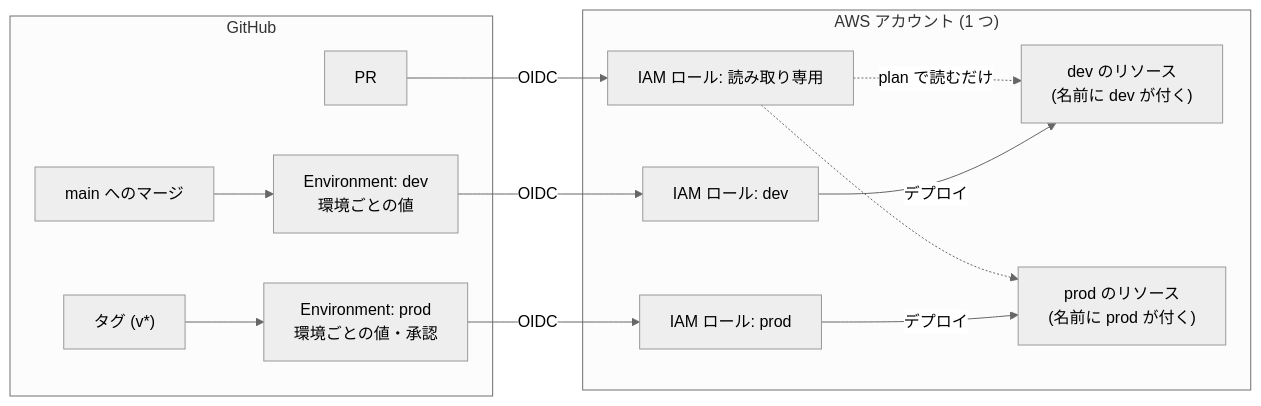
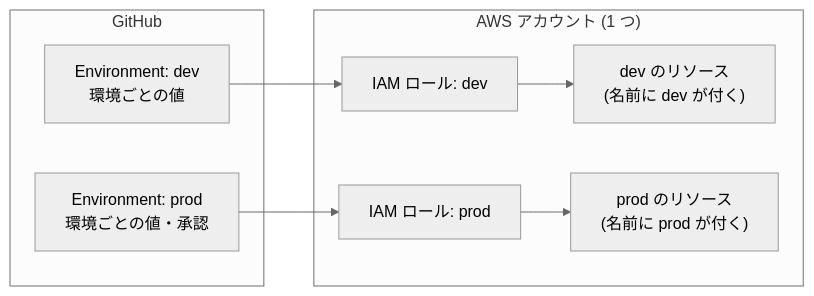
Before and after one commit to Inouey1008/family-video: the second of 3 diagrams in docs/architecture.md, drawn with Mermaid (neutral theme). The commit also changed other lines of this file, not shown here.

Commit message:
docs: 環境の図からきっかけと読み取り専用のロールを外す

````diff
--- a/docs/architecture.md
+++ b/docs/architecture.md
@@ -61,24 +61,15 @@
 ```mermaid
 flowchart LR
   subgraph GH["GitHub"]
-    PR["PR"]
-    MAIN["main へのマージ"]
-    TAG["タグ (v*)"]
     ED["Environment: dev<br/>環境ごとの値"]
     EP["Environment: prod<br/>環境ごとの値・承認"]
   end
   subgraph AWS["AWS アカウント (1 つ)"]
-    RR["IAM ロール: 読み取り専用"]
     RD["IAM ロール: dev"]
     RP["IAM ロール: prod"]
     D["dev のリソース<br/>(名前に dev が付く)"]
     P["prod のリソース<br/>(名前に prod が付く)"]
   end
-  PR -->|"OIDC"| RR
-  MAIN --> ED -->|"OIDC"| RD
-  TAG --> EP -->|"OIDC"| RP
-  RR -.->|"plan で読むだけ"| D
-  RR -.-> P
-  RD -->|"デプロイ"| D
-  RP -->|"デプロイ"| P
+  ED --> RD --> D
+  EP --> RP --> P
 ```
````
